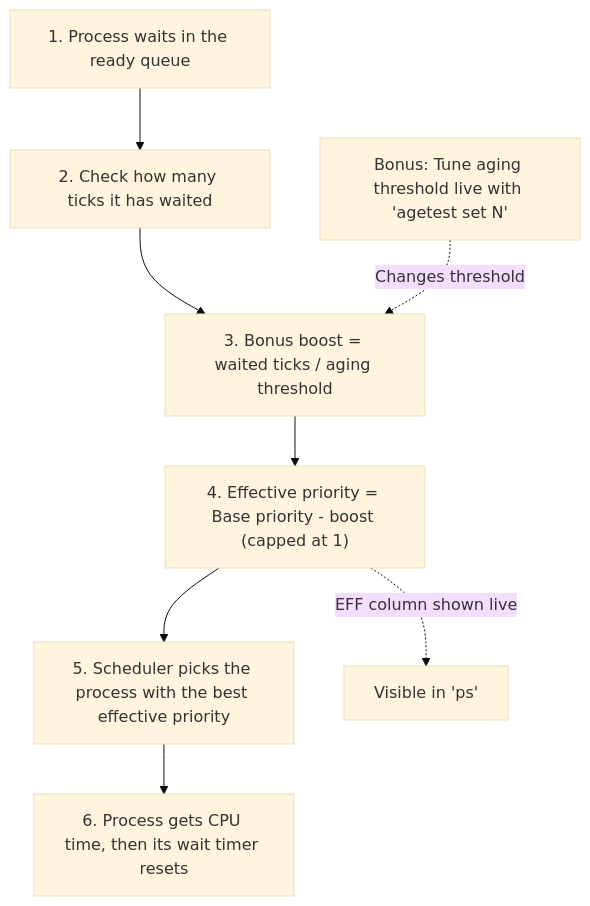
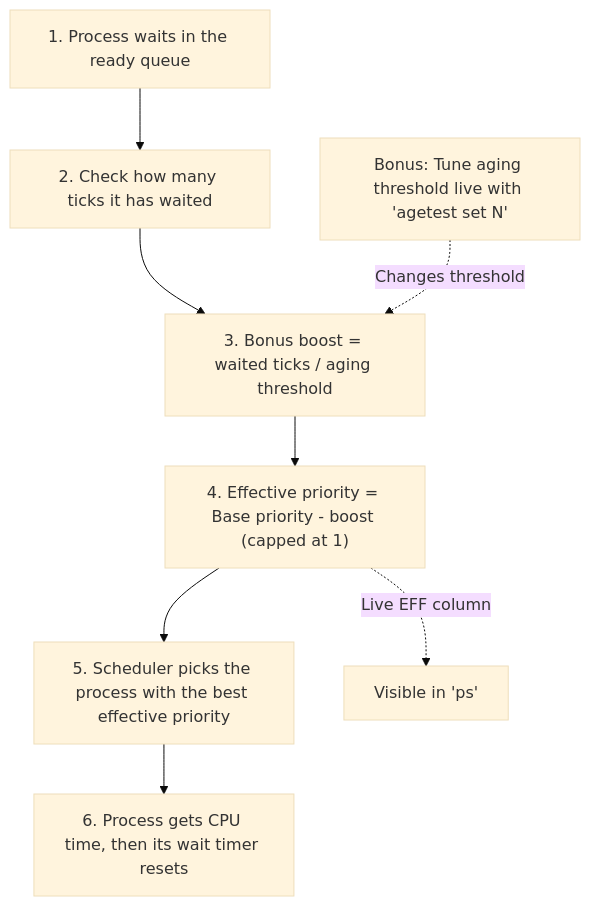
Before and after one commit to asbahkhan67-ctrl/xv6-riscv: the tenth of 21 diagrams in README.md, drawn with Mermaid (base theme). The commit also changed other lines of this file and 167 other files, not shown here.

````diff
--- a/README.md
+++ b/README.md
@@ -710,10 +610,10 @@
 ```mermaid
 flowchart TD
     A["1. Process waits in the ready queue"] --> B["2. Check how many ticks it has waited"]
     B --> C["3. Bonus boost = waited ticks / aging threshold"]
     C --> D["4. Effective priority = Base priority - boost (capped at 1)"]
     D --> E["5. Scheduler picks the process with the best effective priority"]
     E --> F["6. Process gets CPU time, then its wait timer resets"]
-    T["Bonus: Tune aging threshold live with 'agetest set N'"] -. "Changes threshold" .-> C
-    D -. "EFF column shown live" .-> P["Visible in 'ps'"]
+    T["Bonus: Tune aging threshold live with 'agetest set N'"] -.->|Changes threshold| C
+    D -.->|Live EFF column| P["Visible in 'ps'"]
 ```
````
